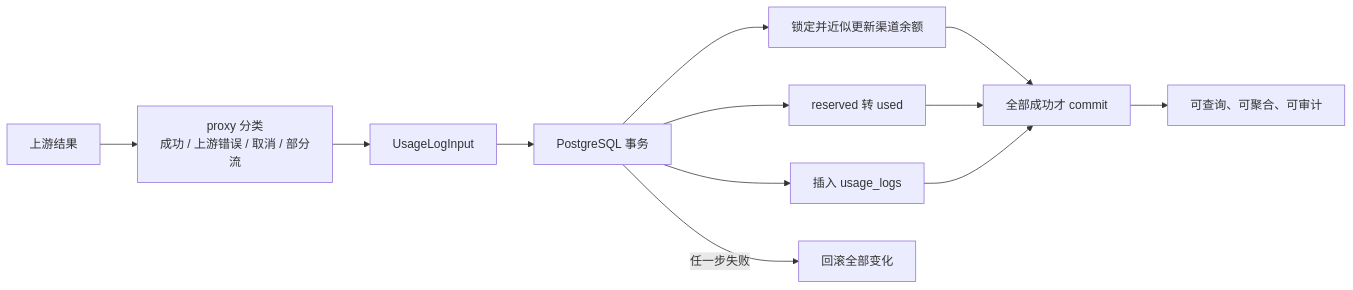
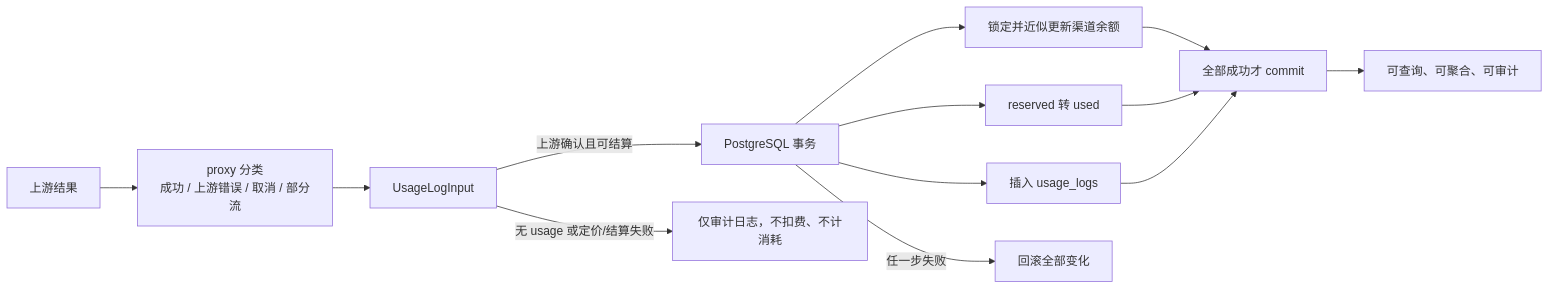
One commit to epoch-fresh-2026/LLMGateway changed the sixth of 6 diagrams in docs/module-boundaries-and-dataflow.md. Above: the diagram before and after it, drawn with Mermaid. The commit also changed other lines of this file and 38 other files, not shown here.

````diff
--- a/docs/module-boundaries-and-dataflow.md
+++ b/docs/module-boundaries-and-dataflow.md
@@ -255,15 +264,16 @@
 ```mermaid
 flowchart LR
     OUTCOME[上游结果]
     OUTCOME --> CLASSIFY[proxy 分类\n成功 / 上游错误 / 取消 / 部分流]
     CLASSIFY --> INPUT[UsageLogInput]
-    INPUT --> TX[PostgreSQL 事务]
+    INPUT -->|上游确认且可结算| TX[PostgreSQL 事务]
+    INPUT -->|无 usage 或定价/结算失败| DIAGNOSTIC[仅审计日志，不扣费、不计消耗]
     TX --> CHANNEL[锁定并近似更新渠道余额]
     TX --> QUOTA[reserved 转 used]
     TX --> LOG[插入 usage_logs]
     CHANNEL --> COMMIT[全部成功才 commit]
     QUOTA --> COMMIT
     LOG --> COMMIT
     COMMIT --> AUDIT[可查询、可聚合、可审计]
     TX -->|任一步失败| ROLLBACK[回滚全部变化]
 ```
````
